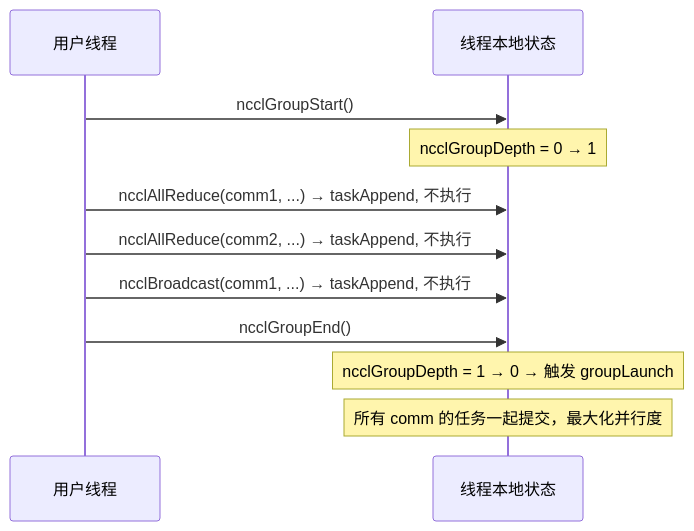
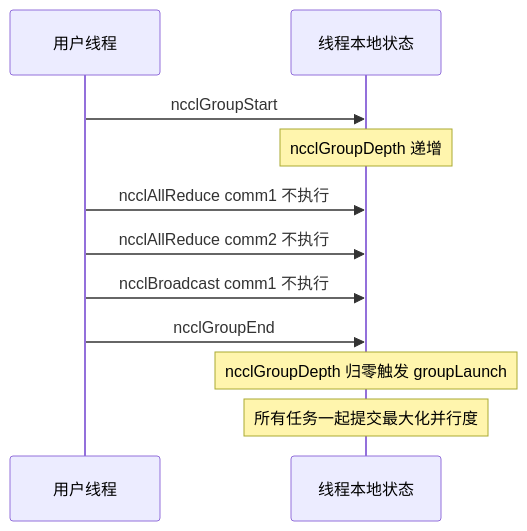
One commit to carlvinhust2012/MyStudy changed the fourth of 10 diagrams in AI Infra相关/nccl/nccl通信流程分析.md. Above: the diagram before and after it, drawn with Mermaid. The commit also changed other lines of this file, not shown here.

Commit message:
update the nccl file

````diff
--- a/AI Infra相关/nccl/nccl通信流程分析.md
+++ b/AI Infra相关/nccl/nccl通信流程分析.md
@@ -206,16 +209,16 @@
 ```mermaid
 sequenceDiagram
     participant U as 用户线程
     participant G as 线程本地状态
 
-    U->>G: ncclGroupStart()
-    Note over G: ncclGroupDepth = 0 → 1
+    U->>G: ncclGroupStart
+    Note over G: ncclGroupDepth 递增
 
-    U->>G: ncclAllReduce(comm1, ...)  → taskAppend, 不执行
-    U->>G: ncclAllReduce(comm2, ...)  → taskAppend, 不执行
-    U->>G: ncclBroadcast(comm1, ...)  → taskAppend, 不执行
+    U->>G: ncclAllReduce comm1 不执行
+    U->>G: ncclAllReduce comm2 不执行
+    U->>G: ncclBroadcast comm1 不执行
 
-    U->>G: ncclGroupEnd()
-    Note over G: ncclGroupDepth = 1 → 0 → 触发 groupLaunch
-    Note over G: 所有 comm 的任务一起提交，最大化并行度
+    U->>G: ncclGroupEnd
+    Note over G: ncclGroupDepth 归零触发 groupLaunch
+    Note over G: 所有任务一起提交最大化并行度
 ```
````
